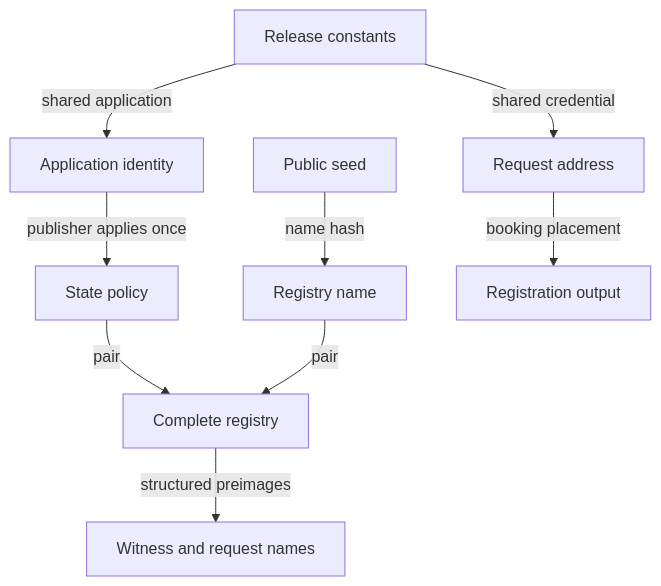
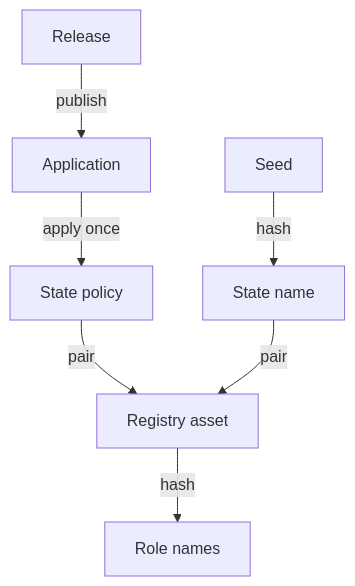
One commit to lambdasistemi/singular changed the second of 2 diagrams in specs/741-no-pin-model/shared-request.md. Above: the diagram before and after it, drawn with Mermaid. The commit also changed other lines of this file and 1 other file, not shown here.

Commit message:
docs: fit shared request diagrams to narrow screens
Keep the release, registration evidence paths and identity dependency order readable at natural text size. Only Mermaid layout and the generated companion source stamp change; the prose and hypothetical surfaces remain unchanged.

````diff
--- a/specs/741-no-pin-model/shared-request.md
+++ b/specs/741-no-pin-model/shared-request.md
@@ -83,11 +81,9 @@
 ```mermaid
 flowchart TD
-  Published[Release constants] -->|shared application| App[Application identity]
-  App -->|publisher applies once| Policy[State policy]
-  Seed[Public seed] -->|name hash| Name[Registry name]
-  Policy -->|pair| Registry[Complete registry]
+  Published[Release] -->|publish| App[Application]
+  App -->|apply once| Policy[State policy]
+  Seed[Seed] -->|hash| Name[State name]
+  Policy -->|pair| Registry[Registry asset]
   Name -->|pair| Registry
-  Published -->|shared credential| Request[Request address]
-  Registry -->|structured preimages| Assets[Witness and request names]
-  Request -->|booking placement| Output[Registration output]
+  Registry -->|hash| Assets[Role names]
 ```
````
